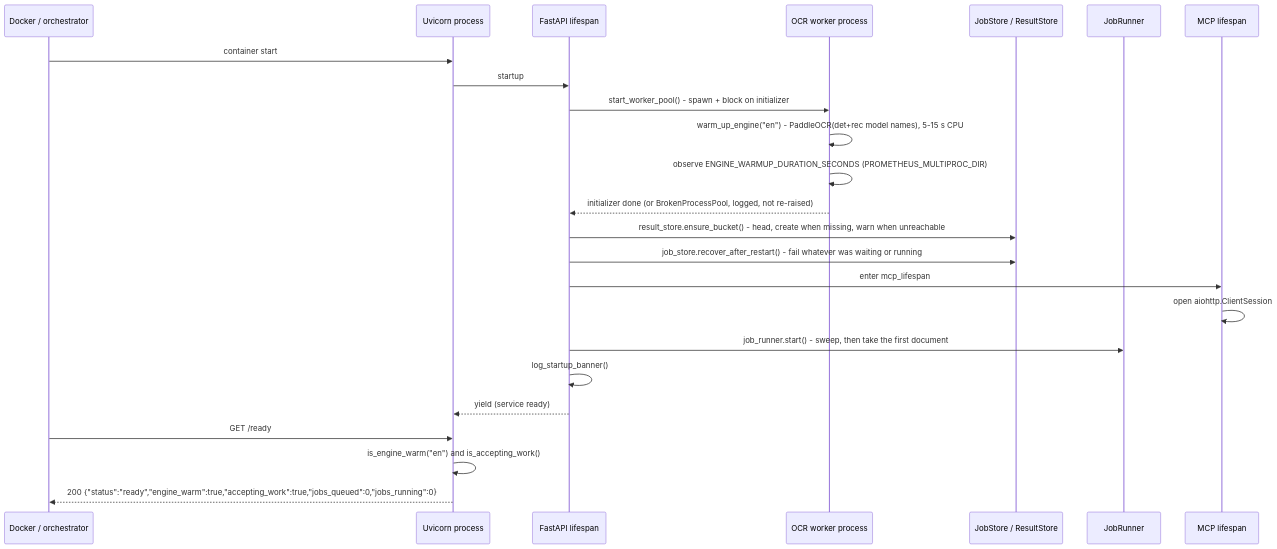
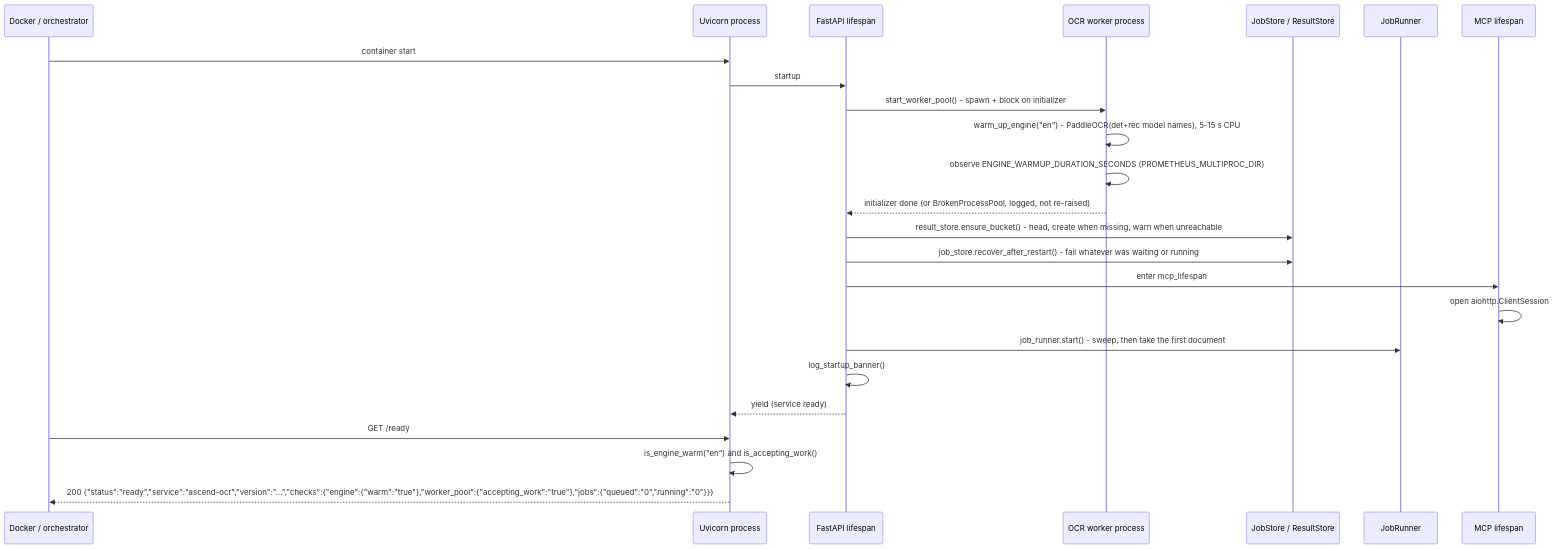
Before and after one commit to Lukk17/AscendAI: the first of 4 diagrams in apps/ascend-ocr/docs/architecture/arc42/06-runtime-view.md, drawn with Mermaid. The commit also changed 39 other files, not shown here.

````diff
--- a/apps/ascend-ocr/docs/architecture/arc42/06-runtime-view.md
+++ b/apps/ascend-ocr/docs/architecture/arc42/06-runtime-view.md
@@ -7,27 +7,27 @@
 ```mermaid
 sequenceDiagram
     participant Docker as Docker / orchestrator
     participant Uvicorn as Uvicorn process
     participant Lifespan as FastAPI lifespan
     participant Pool as OCR worker process
     participant Store as JobStore / ResultStore
     participant Runner as JobRunner
     participant MCPLife as MCP lifespan
 
     Docker->>Uvicorn: container start
     Uvicorn->>Lifespan: startup
     Lifespan->>Pool: start_worker_pool() - spawn + block on initializer
     Pool->>Pool: warm_up_engine("en") - PaddleOCR(det+rec model names), 5-15 s CPU
     Pool->>Pool: observe ENGINE_WARMUP_DURATION_SECONDS (PROMETHEUS_MULTIPROC_DIR)
     Pool-->>Lifespan: initializer done (or BrokenProcessPool, logged, not re-raised)
     Lifespan->>Store: result_store.ensure_bucket() - head, create when missing, warn when unreachable
     Lifespan->>Store: job_store.recover_after_restart() - fail whatever was waiting or running
     Lifespan->>MCPLife: enter mcp_lifespan
     MCPLife->>MCPLife: open aiohttp.ClientSession
     Lifespan->>Runner: job_runner.start() - sweep, then take the first document
     Lifespan->>Lifespan: log_startup_banner()
     Lifespan-->>Uvicorn: yield (service ready)
     Docker->>Uvicorn: GET /ready
     Uvicorn->>Uvicorn: is_engine_warm("en") and is_accepting_work()
-    Uvicorn-->>Docker: 200 {"status":"ready","engine_warm":true,"accepting_work":true,"jobs_queued":0,"jobs_running":0}
+    Uvicorn-->>Docker: 200 {"status":"ready","service":"ascend-ocr","version":"...","checks":{"engine":{"warm":"true"},"worker_pool":{"accepting_work":"true"},"jobs":{"queued":"0","running":"0"}}}
 ```
````
